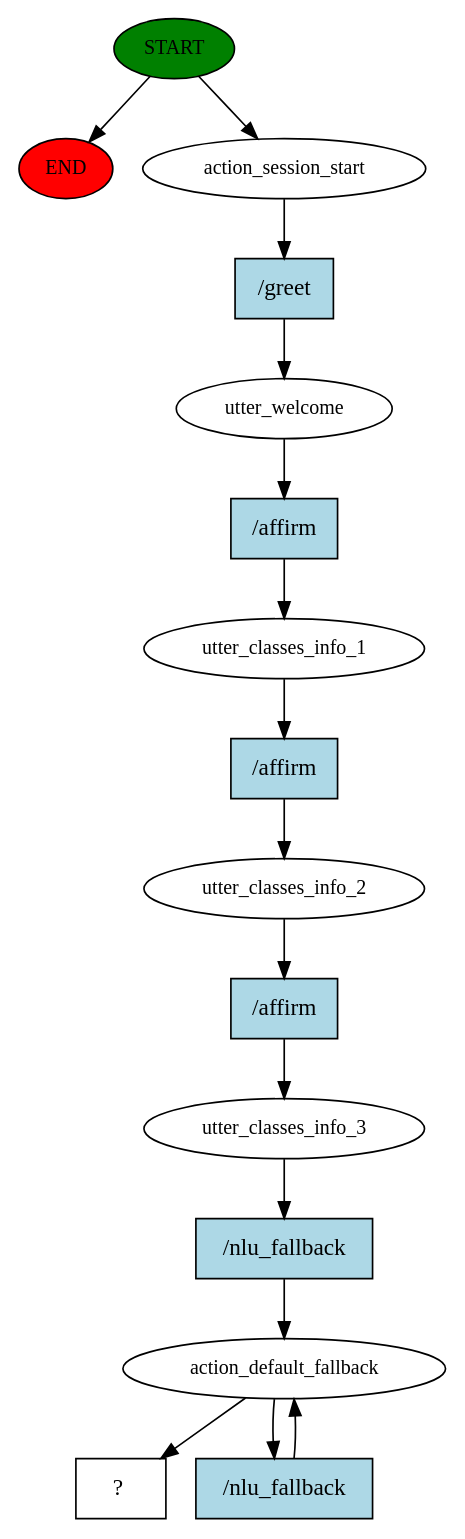
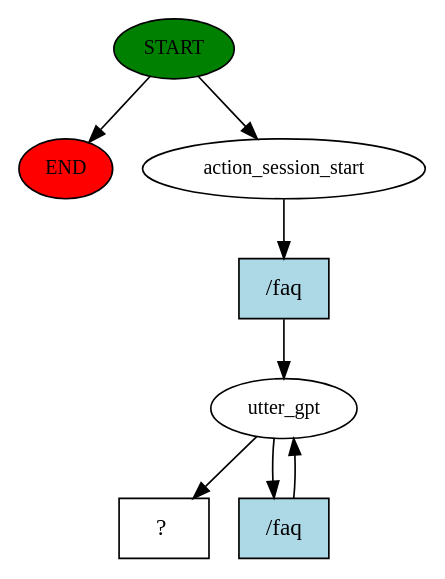
Before and after one commit to Gigit-AI-Corporation/rasa: the diagram in story_graph.dot, drawn with Graphviz. The commit also changed 4 other files, not shown here.

```diff
--- a/story_graph.dot
+++ b/story_graph.dot
@@ -1,32 +1,16 @@
 digraph  {
 0 [class="start active", fillcolor=green, fontsize=12, label=START, style=filled];
 "-1" [class=end, fillcolor=red, fontsize=12, label=END, style=filled];
 1 [class=active, fontsize=12, label=action_session_start];
-2 [class=active, fontsize=12, label=utter_welcome];
-3 [class=active, fontsize=12, label=utter_classes_info_1];
-4 [class=active, fontsize=12, label=utter_classes_info_2];
-5 [class=active, fontsize=12, label=utter_classes_info_3];
-6 [class=active, fontsize=12, label=action_default_fallback];
-8 [class="intent dashed active", label="  ?  ", shape=rect];
-9 [class="intent active", fillcolor=lightblue, label="/greet", shape=rect, style=filled];
-10 [class="intent active", fillcolor=lightblue, label="/affirm", shape=rect, style=filled];
-11 [class="intent active", fillcolor=lightblue, label="/affirm", shape=rect, style=filled];
-12 [class="intent active", fillcolor=lightblue, label="/affirm", shape=rect, style=filled];
-13 [class="intent active", fillcolor=lightblue, label="/nlu_fallback", shape=rect, style=filled];
-14 [class="intent active", fillcolor=lightblue, label="/nlu_fallback", shape=rect, style=filled];
+2 [class=active, fontsize=12, label=utter_gpt];
+4 [class="intent dashed active", label="  ?  ", shape=rect];
+5 [class="intent active", fillcolor=lightblue, label="/faq", shape=rect, style=filled];
+6 [class="intent active", fillcolor=lightblue, label="/faq", shape=rect, style=filled];
 0 -> "-1"  [class="", key=NONE, label=""];
 0 -> 1  [class=active, key=NONE, label=""];
-1 -> 9  [class=active, key=0];
-2 -> 10  [class=active, key=0];
-3 -> 11  [class=active, key=0];
-4 -> 12  [class=active, key=0];
-5 -> 13  [class=active, key=0];
-6 -> 8  [class=active, key=NONE, label=""];
-6 -> 14  [class=active, key=0];
-9 -> 2  [class=active, key=0];
-10 -> 3  [class=active, key=0];
-11 -> 4  [class=active, key=0];
-12 -> 5  [class=active, key=0];
-13 -> 6  [class=active, key=0];
-14 -> 6  [class=active, key=0];
+1 -> 5  [class=active, key=0];
+2 -> 4  [class=active, key=NONE, label=""];
+2 -> 6  [class=active, key=0];
+5 -> 2  [class=active, key=0];
+6 -> 2  [class=active, key=0];
 }
```
